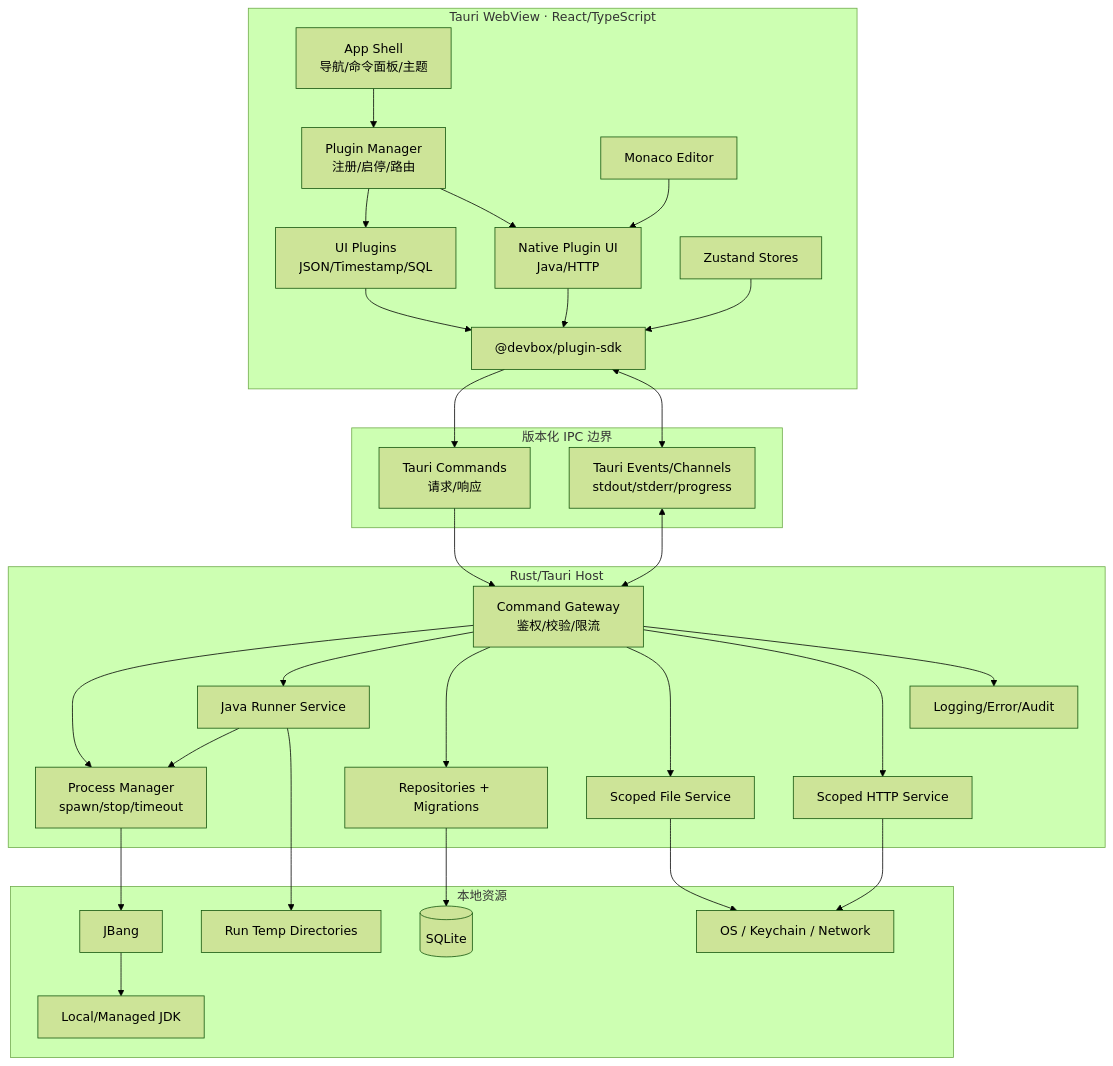
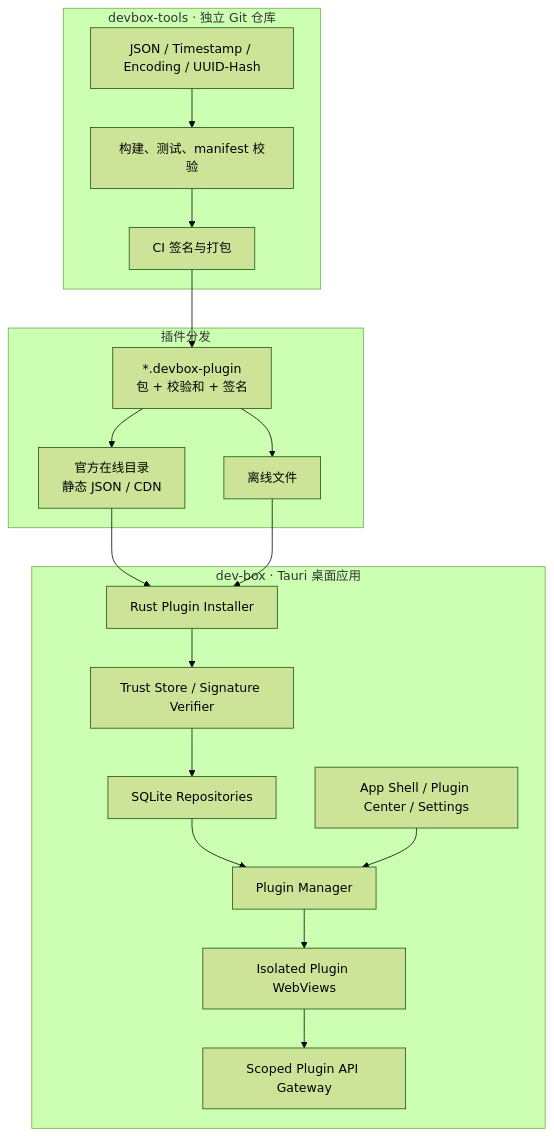
Before and after one commit to GuDaoCoder/dev-box: the diagram in design/devbox-architecture-design.md, drawn with Mermaid (forest theme). The commit also changed other lines of this file and 4 other files, not shown here.

````diff
--- a/design/devbox-architecture-design.md
+++ b/design/devbox-architecture-design.md
@@ -54,60 +63,37 @@
 ```mermaid
 flowchart TB
-    subgraph UI["Tauri WebView · React/TypeScript"]
-        Shell["App Shell\n导航/命令面板/主题"]
-        PM["Plugin Manager\n注册/启停/路由"]
-        UP["UI Plugins\nJSON/Timestamp/SQL"]
-        NPUI["Native Plugin UI\nJava/HTTP"]
-        SDK["@devbox/plugin-sdk"]
-        Store["Zustand Stores"]
-        Monaco["Monaco Editor"]
+    subgraph ToolsRepo["devbox-tools · 独立 Git 仓库"]
+        ToolPlugins["JSON / Timestamp / Encoding / UUID-Hash"]
+        ToolCI["构建、测试、manifest 校验"]
+        Signer["CI 签名与打包"]
+        ToolPlugins --> ToolCI --> Signer
     end
 
-    subgraph IPC["版本化 IPC 边界"]
-        Invoke["Tauri Commands\n请求/响应"]
-        Events["Tauri Events/Channels\nstdout/stderr/progress"]
+    subgraph Distribution["插件分发"]
+        Registry["官方在线目录\n静态 JSON / CDN"]
+        Package["*.devbox-plugin\n包 + 校验和 + 签名"]
+        Offline["离线文件"]
+        Signer --> Package
+        Package --> Registry
+        Package --> Offline
     end
 
-    subgraph Host["Rust/Tauri Host"]
-        Gateway["Command Gateway\n鉴权/校验/限流"]
-        Process["Process Manager\nspawn/stop/timeout"]
-        JavaSvc["Java Runner Service"]
-        Storage["Repositories + Migrations"]
-        FS["Scoped File Service"]
-        Net["Scoped HTTP Service"]
-        Obs["Logging/Error/Audit"]
+    subgraph Desktop["dev-box · Tauri 桌面应用"]
+        Shell["App Shell / Plugin Center / Settings"]
+        Manager["Plugin Manager"]
+        Installer["Rust Plugin Installer"]
+        Trust["Trust Store / Signature Verifier"]
+        Repo["SQLite Repositories"]
+        Runtime["Isolated Plugin WebViews"]
+        Gateway["Scoped Plugin API Gateway"]
+
+        Registry --> Installer
+        Offline --> Installer
+        Installer --> Trust
+        Trust --> Repo
+        Repo --> Manager
+        Manager --> Runtime
+        Runtime --> Gateway
+        Shell --> Manager
     end
-
-    subgraph Runtime["本地资源"]
-        JBang["JBang"]
-        JDK["Local/Managed JDK"]
-        DB[("SQLite")]
-        Temp["Run Temp Directories"]
-        OS["OS / Keychain / Network"]
-    end
-
-    Shell --> PM
-    PM --> UP
-    PM --> NPUI
-    UP --> SDK
-    NPUI --> SDK
-    Store --> SDK
-    Monaco --> NPUI
-    SDK --> Invoke
-    SDK <--> Events
-    Invoke --> Gateway
-    Events <--> Gateway
-    Gateway --> Process
-    Gateway --> JavaSvc
-    Gateway --> Storage
-    Gateway --> FS
-    Gateway --> Net
-    Gateway --> Obs
-    JavaSvc --> Process
-    Process --> JBang
-    JBang --> JDK
-    JavaSvc --> Temp
-    Storage --> DB
-    FS --> OS
-    Net --> OS
 ```
````
